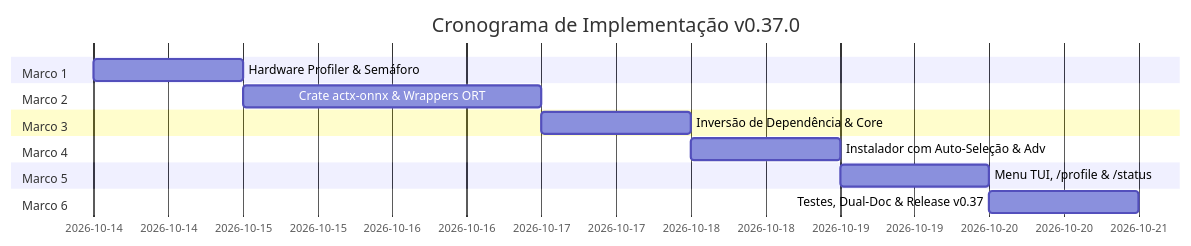
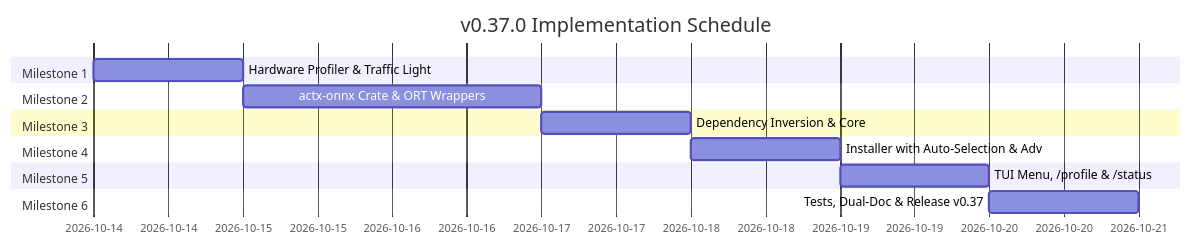
The second of 2 diagrams in docs/plans/anycontext_blueprint_v0370_onnx_tiered_engine_and_hardware_preflight.md (Levix-Digital/any-context), drawn with Mermaid before and after one commit. The commit also changed other lines of this file, not shown here.

First line of the commit message:
docs(plans): translate the v0.37.0 ONNX tiered engine plan to English

````diff
--- a/docs/plans/anycontext_blueprint_v0370_onnx_tiered_engine_and_hardware_preflight.md
+++ b/docs/plans/anycontext_blueprint_v0370_onnx_tiered_engine_and_hardware_preflight.md
@@ -205,17 +205,17 @@
 ```mermaid
 gantt
-    title Cronograma de Implementação v0.37.0
+    title v0.37.0 Implementation Schedule
     dateFormat  YYYY-MM-DD
-    section Marco 1
-    Hardware Profiler & Semáforo      :m1, 2026-10-14, 1d
-    section Marco 2
-    Crate actx-onnx & Wrappers ORT    :m2, 2026-10-15, 2d
-    section Marco 3
-    Inversão de Dependência & Core    :m3, 2026-10-17, 1d
-    section Marco 4
-    Instalador com Auto-Seleção & Adv :m4, 2026-10-18, 1d
-    section Marco 5
-    Menu TUI, /profile & /status      :m5, 2026-10-19, 1d
-    section Marco 6
-    Testes, Dual-Doc & Release v0.37  :m6, 2026-10-20, 1d
+    section Milestone 1
+    Hardware Profiler & Traffic Light   :m1, 2026-10-14, 1d
+    section Milestone 2
+    actx-onnx Crate & ORT Wrappers      :m2, 2026-10-15, 2d
+    section Milestone 3
+    Dependency Inversion & Core         :m3, 2026-10-17, 1d
+    section Milestone 4
+    Installer with Auto-Selection & Adv :m4, 2026-10-18, 1d
+    section Milestone 5
+    TUI Menu, /profile & /status        :m5, 2026-10-19, 1d
+    section Milestone 6
+    Tests, Dual-Doc & Release v0.37     :m6, 2026-10-20, 1d
 ```
````
